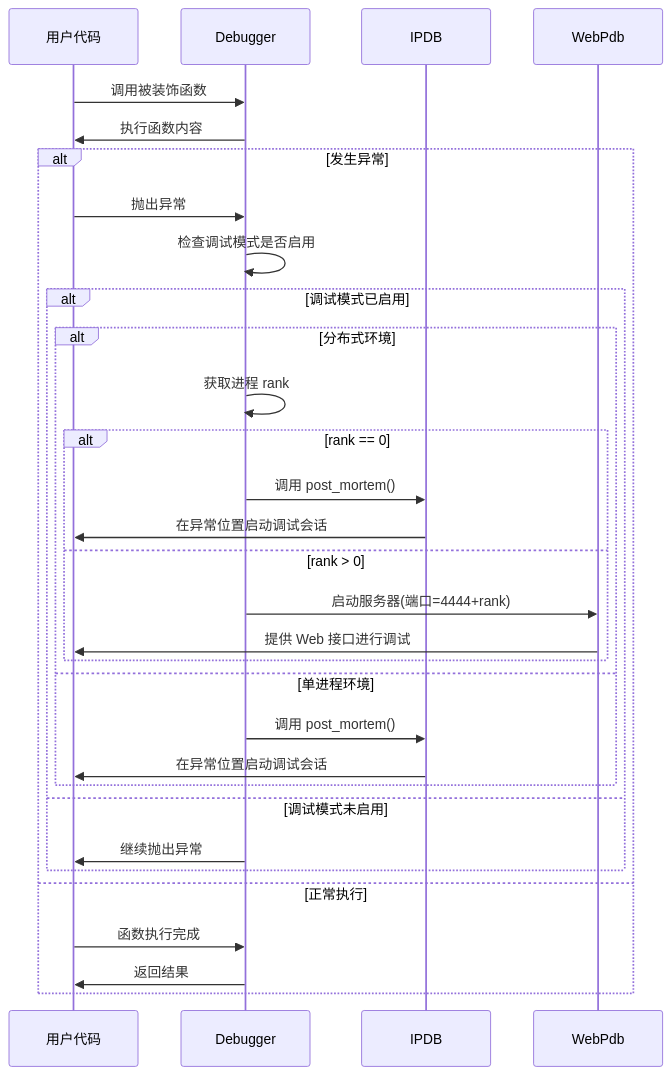
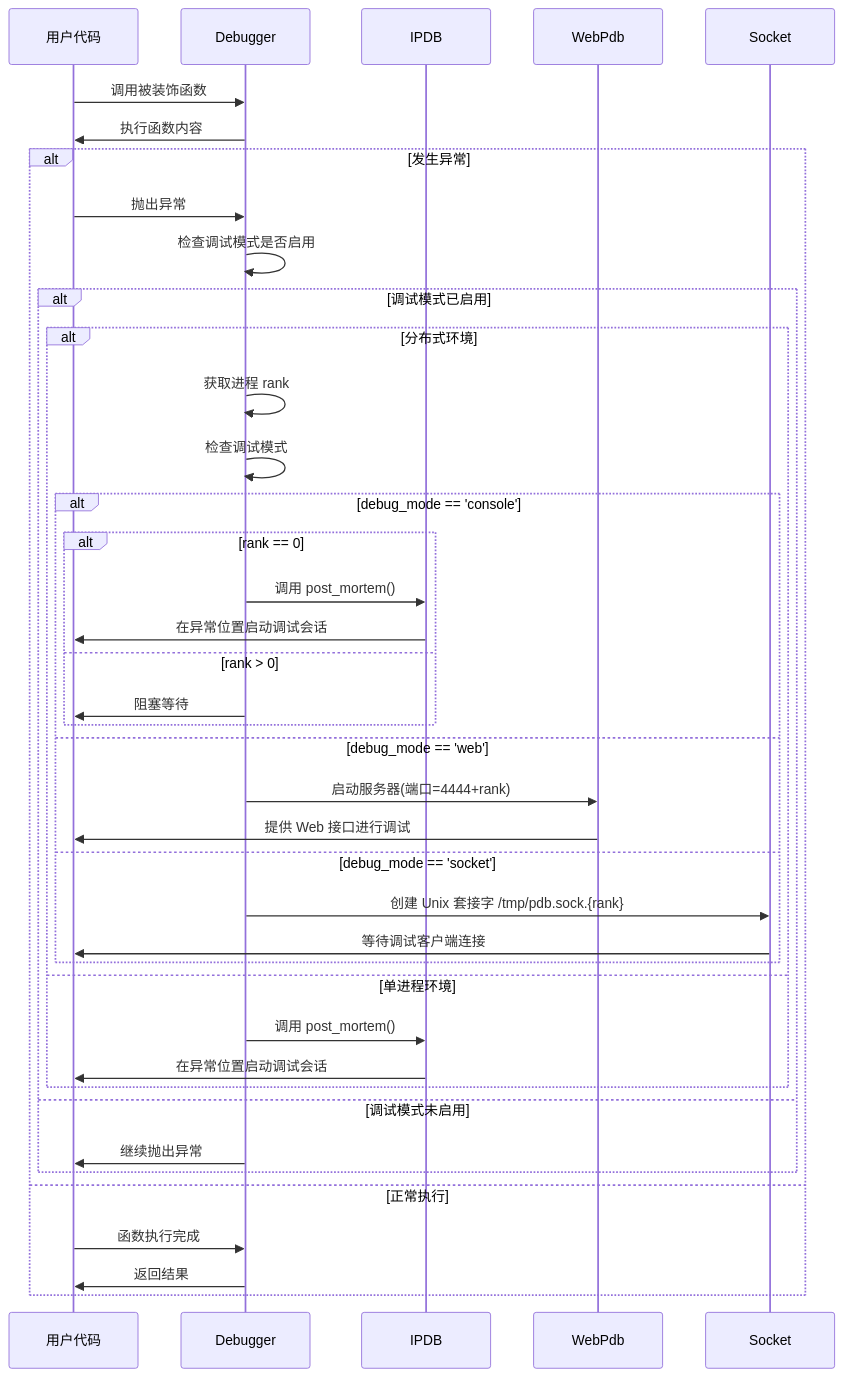
Before and after one commit to hhqx/py3_tools: the second of 2 diagrams in examples/py_debug/readme.md, drawn with Mermaid. The commit also changed other lines of this file, not shown here.

````diff
--- a/examples/py_debug/readme.md
+++ b/examples/py_debug/readme.md
@@ -186,37 +262,46 @@
 ```mermaid
 sequenceDiagram
     participant 用户代码
     participant Debugger
     participant IPDB
     participant WebPdb
+    participant Socket
     
     用户代码->>Debugger: 调用被装饰函数
     Debugger->>用户代码: 执行函数内容
     
     alt 发生异常
         用户代码->>Debugger: 抛出异常
         Debugger->>Debugger: 检查调试模式是否启用
         
         alt 调试模式已启用
             alt 分布式环境
                 Debugger->>Debugger: 获取进程 rank
+                Debugger->>Debugger: 检查调试模式
                 
-                alt rank == 0
-                    Debugger->>IPDB: 调用 post_mortem()
-                    IPDB->>用户代码: 在异常位置启动调试会话
-                else rank > 0
+                alt debug_mode == 'console'
+                    alt rank == 0
+                        Debugger->>IPDB: 调用 post_mortem()
+                        IPDB->>用户代码: 在异常位置启动调试会话
+                    else rank > 0
+                        Debugger->>用户代码: 阻塞等待
+                    end
+                else debug_mode == 'web'
                     Debugger->>WebPdb: 启动服务器(端口=4444+rank)
                     WebPdb->>用户代码: 提供 Web 接口进行调试
+                else debug_mode == 'socket'
+                    Debugger->>Socket: 创建 Unix 套接字 /tmp/pdb.sock.{rank}
+                    Socket->>用户代码: 等待调试客户端连接
                 end
             else 单进程环境
                 Debugger->>IPDB: 调用 post_mortem()
                 IPDB->>用户代码: 在异常位置启动调试会话
             end
         else 调试模式未启用
             Debugger->>用户代码: 继续抛出异常
         end
     else 正常执行
         用户代码->>Debugger: 函数执行完成
         Debugger->>用户代码: 返回结果
     end
 ```
````
